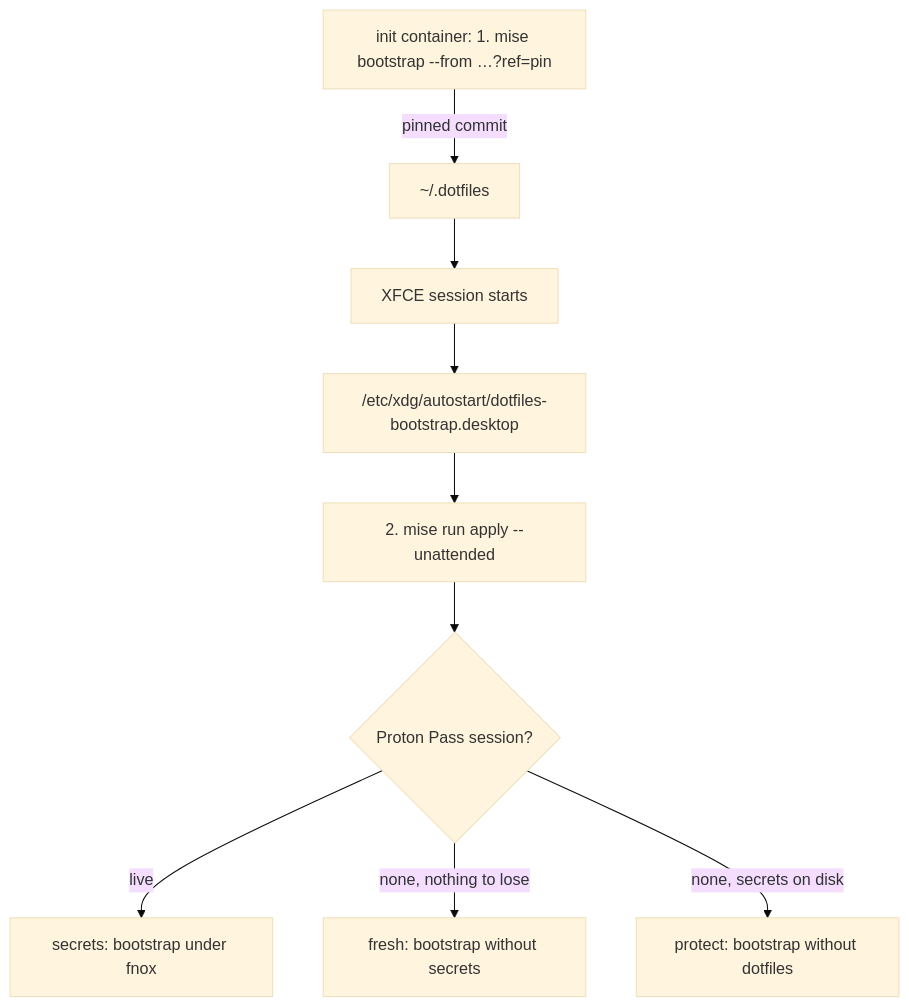
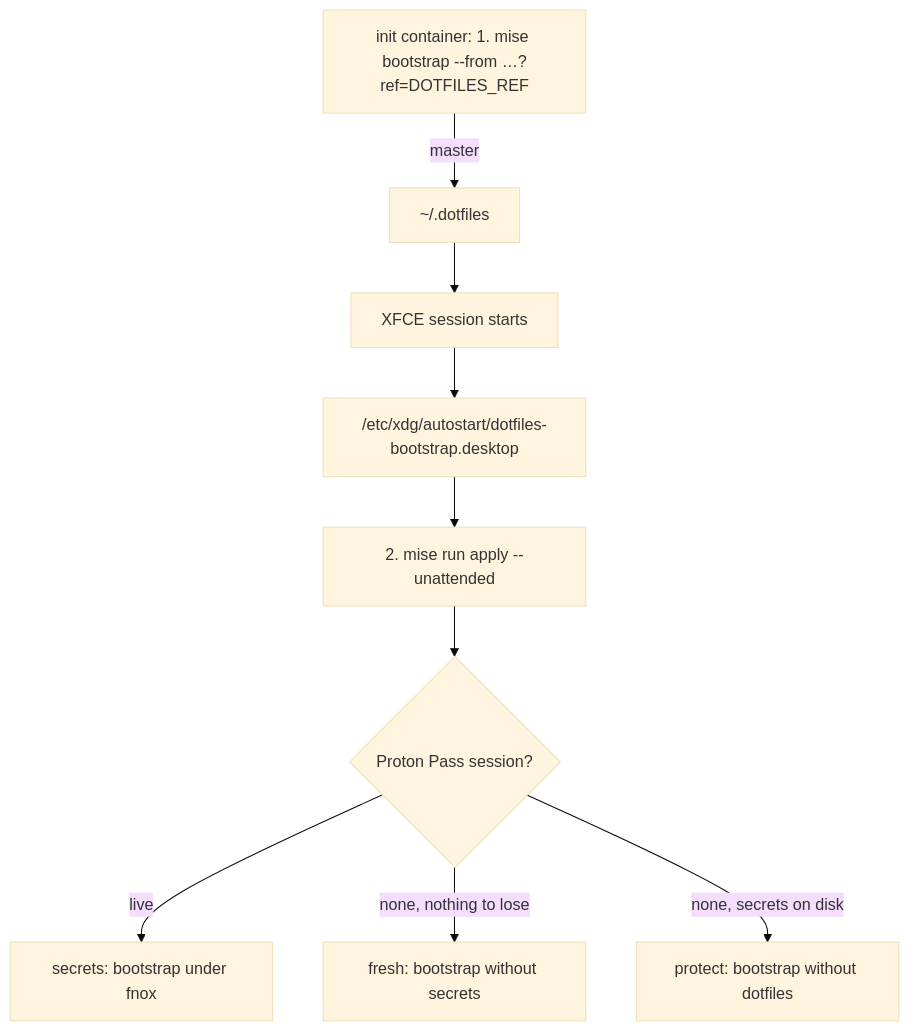
The diagram in conf.d/neko/README.md (h-wb/dotfiles), drawn with Mermaid (base theme) before and after one commit. The commit also changed other lines of this file and 8 other files, not shown here.

First line of the commit message:
fix(apply): a branch ref is never stale; pages follow home-ops' DOTFILES_REF (#57)

````diff
--- a/conf.d/neko/README.md
+++ b/conf.d/neko/README.md
@@ -27,11 +27,11 @@
 ```mermaid
 flowchart TD
-  I["init container: 1. mise bootstrap --from …?ref=pin"] -->|pinned commit| D["~/.dotfiles"]
+  I["init container: 1. mise bootstrap --from …?ref=DOTFILES_REF"] -->|master| D["~/.dotfiles"]
   D --> S[XFCE session starts]
   S --> A["/etc/xdg/autostart/dotfiles-bootstrap.desktop"]
   A --> B["2. mise run apply --unattended"]
   B --> M{Proton Pass session?}
   M -->|live| SE[secrets: bootstrap under fnox]
   M -->|none, nothing to lose| FR[fresh: bootstrap without secrets]
   M -->|none, secrets on disk| PR[protect: bootstrap without dotfiles]
 ```
````
